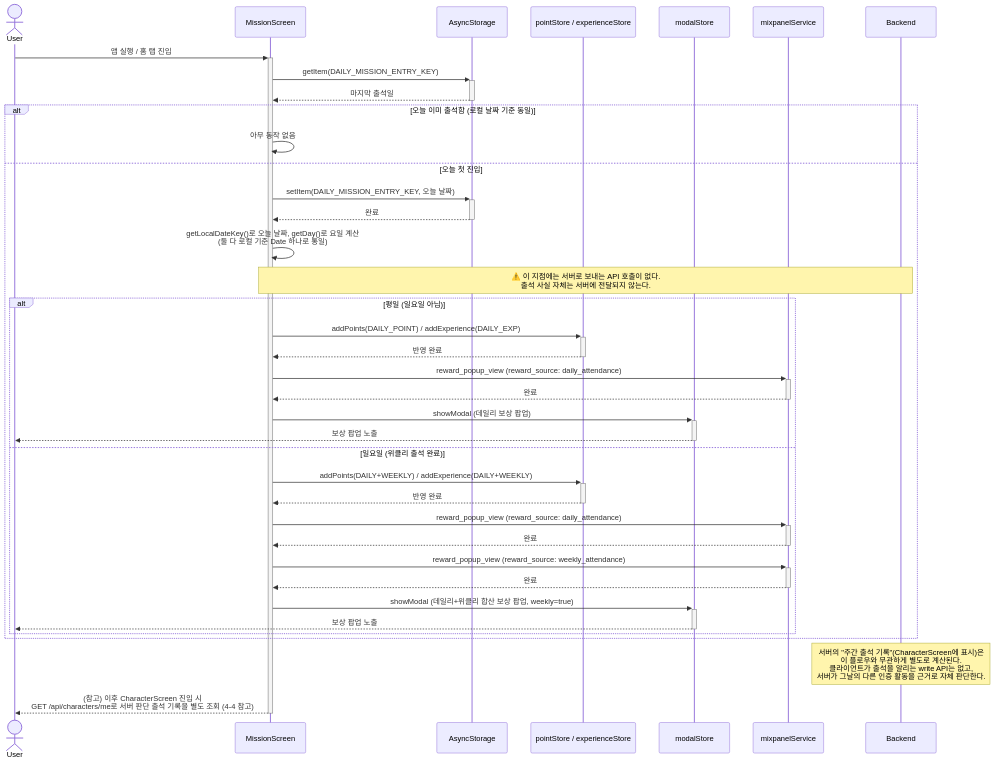
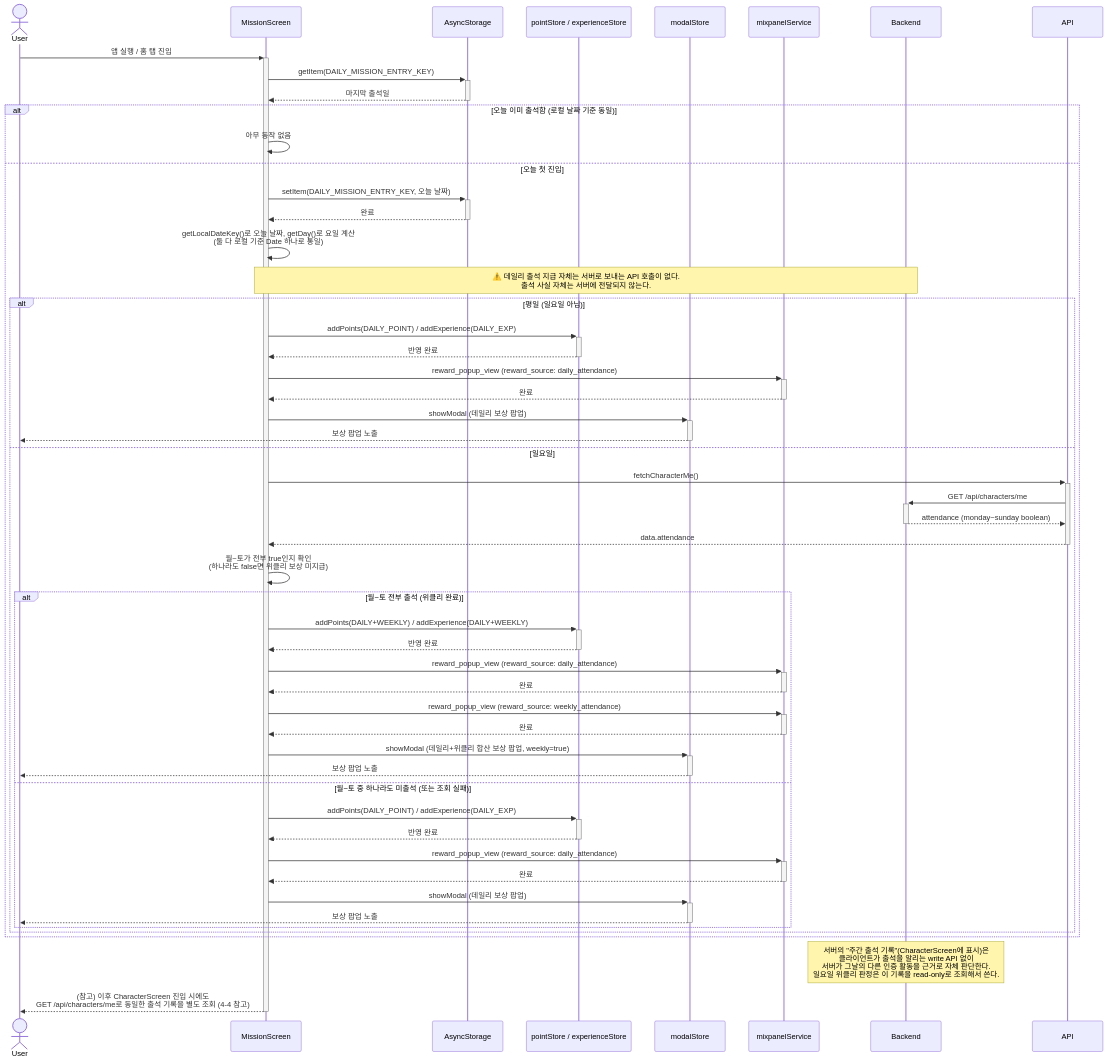
The seventh of 11 diagrams in docs/ARCHITECTURE.md (Gahyun-313/neurous-client), drawn with Mermaid before and after one commit. The commit also changed other lines of this file and 3 other files, not shown here.

````diff
--- a/docs/ARCHITECTURE.md
+++ b/docs/ARCHITECTURE.md
@@ -233,45 +233,60 @@
 ```mermaid
 sequenceDiagram
     actor User
     participant Screen as MissionScreen
     participant Storage as AsyncStorage
     participant Store as pointStore / experienceStore
     participant Modal as modalStore
     participant Mixpanel as mixpanelService
     participant Backend
 
     User->>+Screen: 앱 실행 / 홈 탭 진입
     Screen->>+Storage: getItem(DAILY_MISSION_ENTRY_KEY)
     Storage-->>-Screen: 마지막 출석일
 
     alt 오늘 이미 출석함 (로컬 날짜 기준 동일)
         Screen->>Screen: 아무 동작 없음
     else 오늘 첫 진입
         Screen->>+Storage: setItem(DAILY_MISSION_ENTRY_KEY, 오늘 날짜)
         Storage-->>-Screen: 완료
         Screen->>Screen: getLocalDateKey()로 오늘 날짜, getDay()로 요일 계산<br/>(둘 다 로컬 기준 Date 하나로 통일)
 
-        Note over Screen,Backend: ⚠️ 이 지점에는 서버로 보내는 API 호출이 없다.<br/>출석 사실 자체는 서버에 전달되지 않는다.
+        Note over Screen,Backend: ⚠️ 데일리 출석 지급 자체는 서버로 보내는 API 호출이 없다.<br/>출석 사실 자체는 서버에 전달되지 않는다.
 
         alt 평일 (일요일 아님)
             Screen->>+Store: addPoints(DAILY_POINT) / addExperience(DAILY_EXP)
             Store-->>-Screen: 반영 완료
             Screen->>+Mixpanel: reward_popup_view (reward_source: daily_attendance)
             Mixpanel-->>-Screen: 완료
             Screen->>+Modal: showModal (데일리 보상 팝업)
             Modal-->>-User: 보상 팝업 노출
-        else 일요일 (위클리 출석 완료)
-            Screen->>+Store: addPoints(DAILY+WEEKLY) / addExperience(DAILY+WEEKLY)
-            Store-->>-Screen: 반영 완료
-            Screen->>+Mixpanel: reward_popup_view (reward_source: daily_attendance)
-            Mixpanel-->>-Screen: 완료
-            Screen->>+Mixpanel: reward_popup_view (reward_source: weekly_attendance)
-            Mixpanel-->>-Screen: 완료
-            Screen->>+Modal: showModal (데일리+위클리 합산 보상 팝업, weekly=true)
-            Modal-->>-User: 보상 팝업 노출
+        else 일요일
+            Screen->>+API: fetchCharacterMe()
+            API->>+Backend: GET /api/characters/me
+            Backend-->>-API: attendance (monday~sunday boolean)
+            API-->>-Screen: data.attendance
+            Screen->>Screen: 월~토가 전부 true인지 확인<br/>(하나라도 false면 위클리 보상 미지급)
+
+            alt 월~토 전부 출석 (위클리 완료)
+                Screen->>+Store: addPoints(DAILY+WEEKLY) / addExperience(DAILY+WEEKLY)
+                Store-->>-Screen: 반영 완료
+                Screen->>+Mixpanel: reward_popup_view (reward_source: daily_attendance)
+                Mixpanel-->>-Screen: 완료
+                Screen->>+Mixpanel: reward_popup_view (reward_source: weekly_attendance)
+                Mixpanel-->>-Screen: 완료
+                Screen->>+Modal: showModal (데일리+위클리 합산 보상 팝업, weekly=true)
+                Modal-->>-User: 보상 팝업 노출
+            else 월~토 중 하나라도 미출석 (또는 조회 실패)
+                Screen->>+Store: addPoints(DAILY_POINT) / addExperience(DAILY_EXP)
+                Store-->>-Screen: 반영 완료
+                Screen->>+Mixpanel: reward_popup_view (reward_source: daily_attendance)
+                Mixpanel-->>-Screen: 완료
+                Screen->>+Modal: showModal (데일리 보상 팝업)
+                Modal-->>-User: 보상 팝업 노출
+            end
         end
     end
 
-    Note over Backend: 서버의 "주간 출석 기록"(CharacterScreen에 표시)은<br/>이 플로우와 무관하게 별도로 계산된다.<br/>클라이언트가 출석을 알리는 write API는 없고,<br/>서버가 그날의 다른 인증 활동을 근거로 자체 판단한다.
-    Screen-->>-User: (참고) 이후 CharacterScreen 진입 시<br/>GET /api/characters/me로 서버 판단 출석 기록을 별도 조회 (4-4 참고)
+    Note over Backend: 서버의 "주간 출석 기록"(CharacterScreen에 표시)은<br/>클라이언트가 출석을 알리는 write API 없이<br/>서버가 그날의 다른 인증 활동을 근거로 자체 판단한다.<br/>일요일 위클리 판정은 이 기록을 read-only로 조회해서 쓴다.
+    Screen-->>-User: (참고) 이후 CharacterScreen 진입 시에도<br/>GET /api/characters/me로 동일한 출석 기록을 별도 조회 (4-4 참고)
 ```
````
